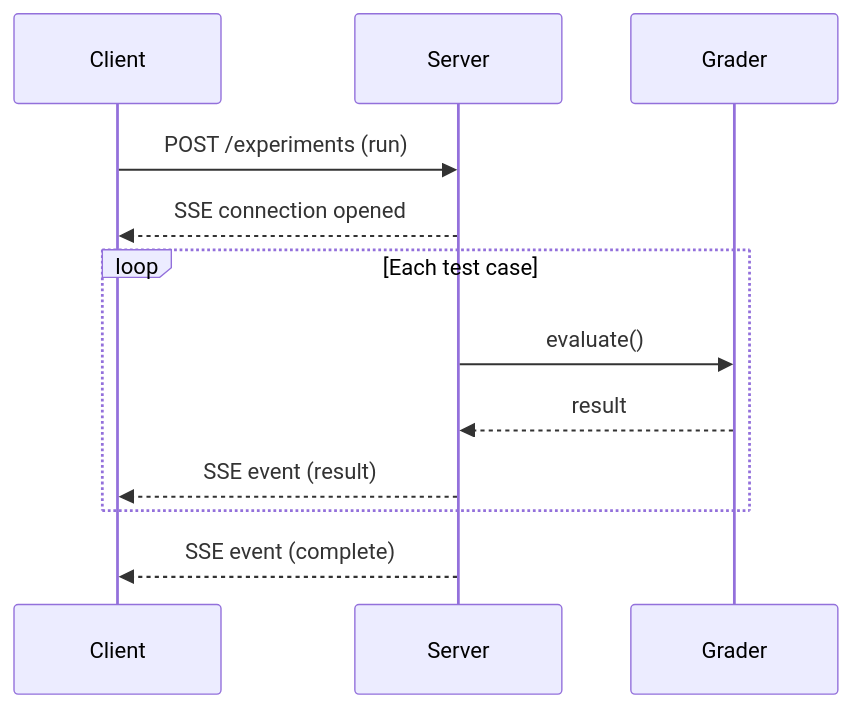
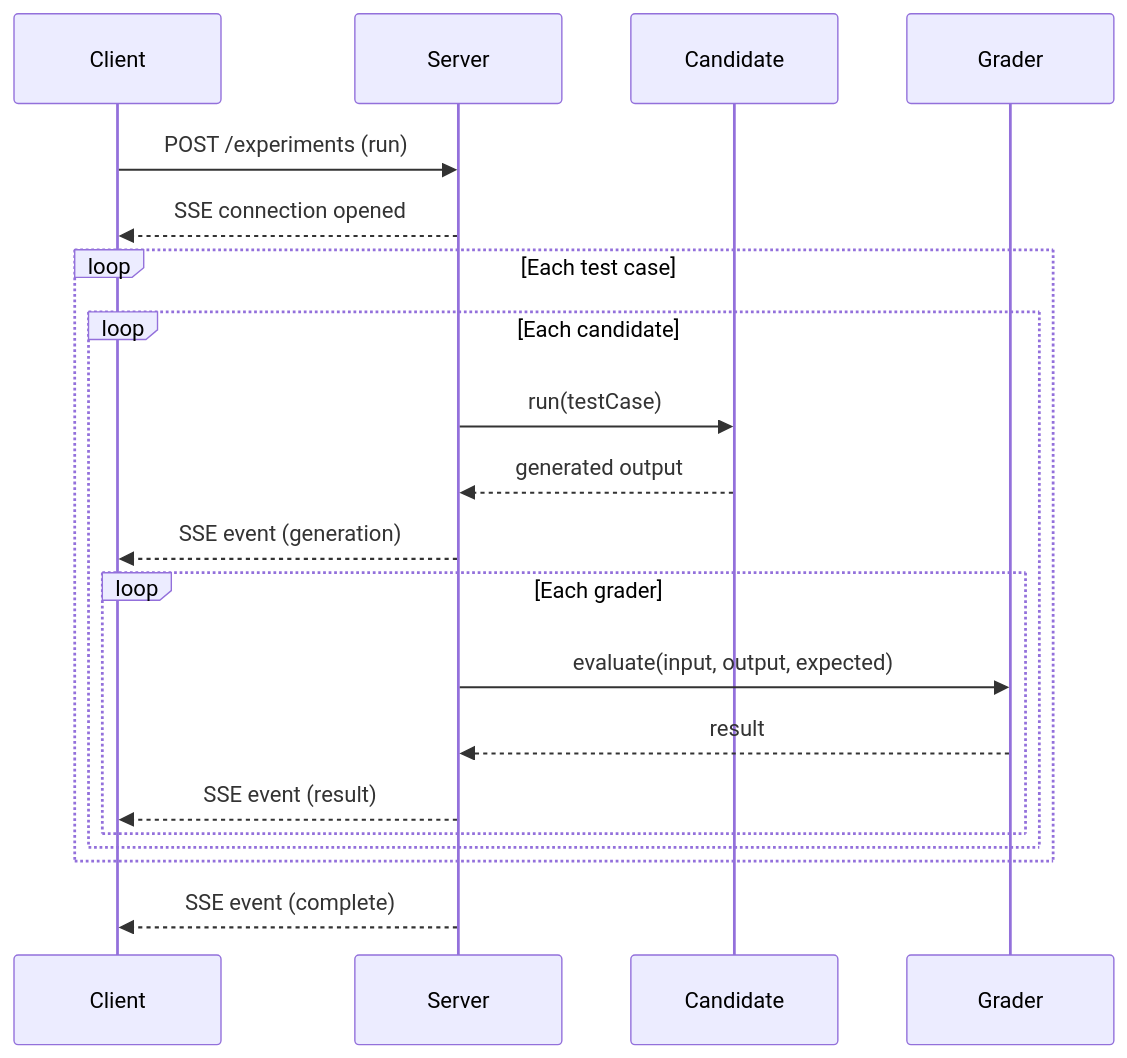
The sixth of 7 diagrams in ARCHITECTURE.md (jddunn/full-stack-eval-harness), drawn with Mermaid before and after one commit. The commit also changed other lines of this file and 1 other file, not shown here.

````diff
--- a/ARCHITECTURE.md
+++ b/ARCHITECTURE.md
@@ -146,15 +197,23 @@
 ```mermaid
 sequenceDiagram
     participant Client
     participant Server
+    participant Candidate
     participant Grader
 
     Client->>Server: POST /experiments (run)
     Server-->>Client: SSE connection opened
     loop Each test case
-        Server->>Grader: evaluate()
-        Grader-->>Server: result
-        Server-->>Client: SSE event (result)
+        loop Each candidate
+            Server->>Candidate: run(testCase)
+            Candidate-->>Server: generated output
+            Server-->>Client: SSE event (generation)
+            loop Each grader
+                Server->>Grader: evaluate(input, output, expected)
+                Grader-->>Server: result
+                Server-->>Client: SSE event (result)
+            end
+        end
     end
     Server-->>Client: SSE event (complete)
 ```
````
